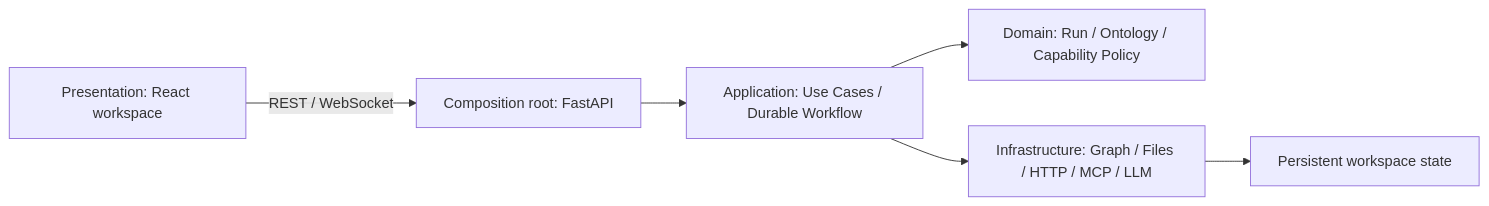
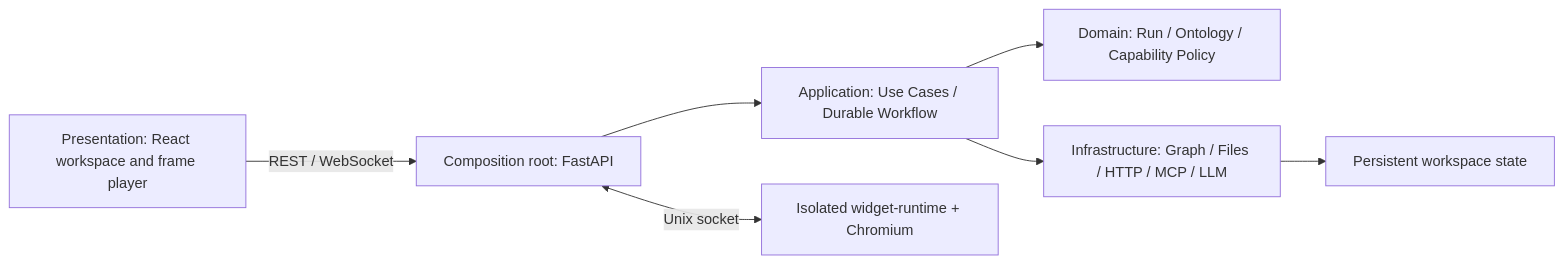
One commit to BillShiyaoZhang/ambient-agent changed the diagram in docs/en/architecture/overview.md. Above: the diagram before and after it, drawn with Mermaid. The commit also changed other lines of this file and 58 other files, not shown here.

````diff
--- a/docs/en/architecture/overview.md
+++ b/docs/en/architecture/overview.md
@@ -5,8 +5,9 @@
 ```mermaid
 flowchart LR
-    Browser[Presentation: React workspace] -->|REST / WebSocket| API[Composition root: FastAPI]
+    Browser[Presentation: React workspace and frame player] -->|REST / WebSocket| API[Composition root: FastAPI]
     API --> Workflow[Application: Use Cases / Durable Workflow]
     Workflow --> Domain[Domain: Run / Ontology / Capability Policy]
     Workflow --> Infra[Infrastructure: Graph / Files / HTTP / MCP / LLM]
     Infra --> Workspace[Persistent workspace state]
+    API <-->|Unix socket| Runtime[Isolated widget-runtime + Chromium]
 ```
````
